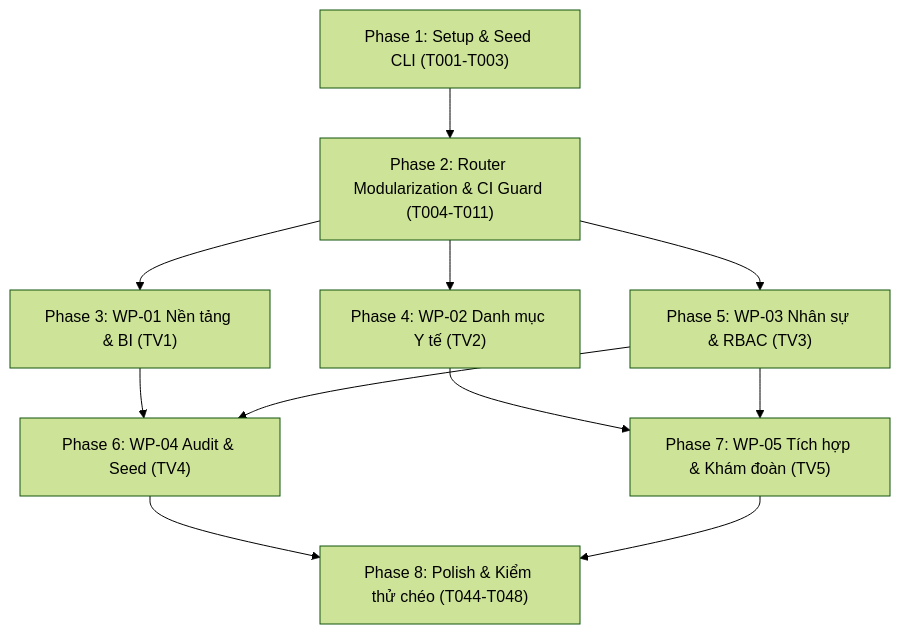
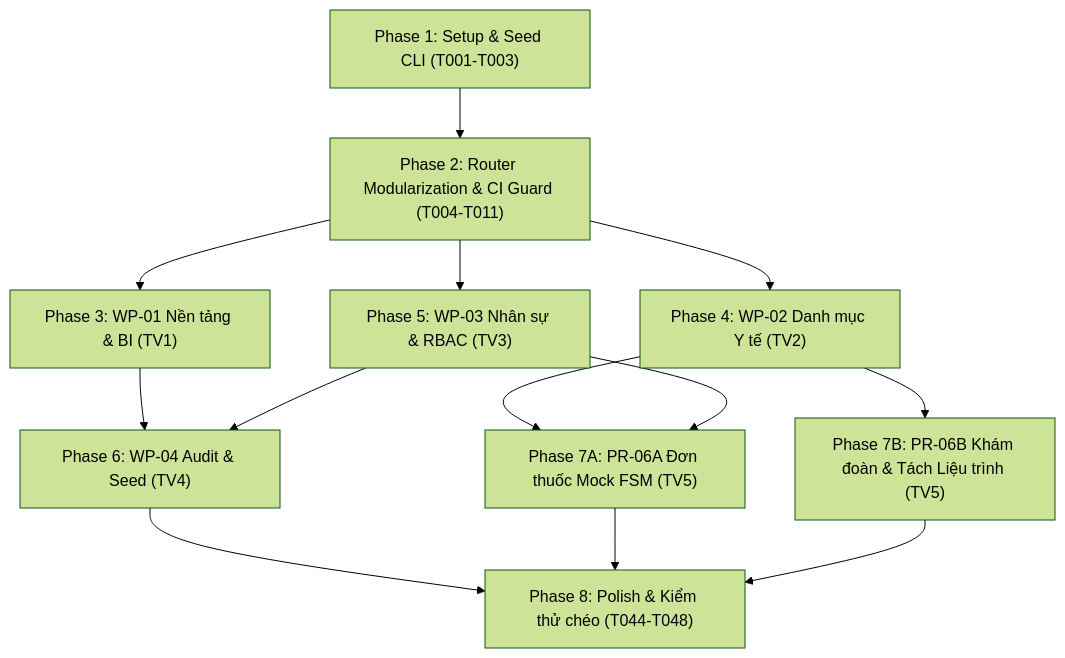
One commit to luongduyenhop/clinic-ai-booking changed the diagram in specs/001-admin-portal-tclinic/tasks.md. Above: the diagram before and after it, drawn with Mermaid (forest theme). The commit also changed other lines of this file and 17 other files, not shown here.

````diff
--- a/specs/001-admin-portal-tclinic/tasks.md
+++ b/specs/001-admin-portal-tclinic/tasks.md
@@ -154,13 +154,15 @@
 ```mermaid
 flowchart TD
     Setup["Phase 1: Setup & Seed CLI (T001-T003)"] --> Foundation["Phase 2: Router Modularization & CI Guard (T004-T011)"]
     Foundation --> WP01["Phase 3: WP-01 Nền tảng & BI (TV1)"]
     Foundation --> WP02["Phase 4: WP-02 Danh mục Y tế (TV2)"]
     Foundation --> WP03["Phase 5: WP-03 Nhân sự & RBAC (TV3)"]
     WP01 --> WP04["Phase 6: WP-04 Audit & Seed (TV4)"]
-    WP02 --> WP05["Phase 7: WP-05 Tích hợp & Khám đoàn (TV5)"]
+    WP02 --> WP05A["Phase 7A: PR-06A Đơn thuốc Mock FSM (TV5)"]
+    WP02 --> WP05B["Phase 7B: PR-06B Khám đoàn & Tách Liệu trình (TV5)"]
     WP03 --> WP04
-    WP03 --> WP05
+    WP03 --> WP05A
     WP04 --> Polish["Phase 8: Polish & Kiểm thử chéo (T044-T048)"]
-    WP05 --> Polish
+    WP05A --> Polish
+    WP05B --> Polish
 ```
````
